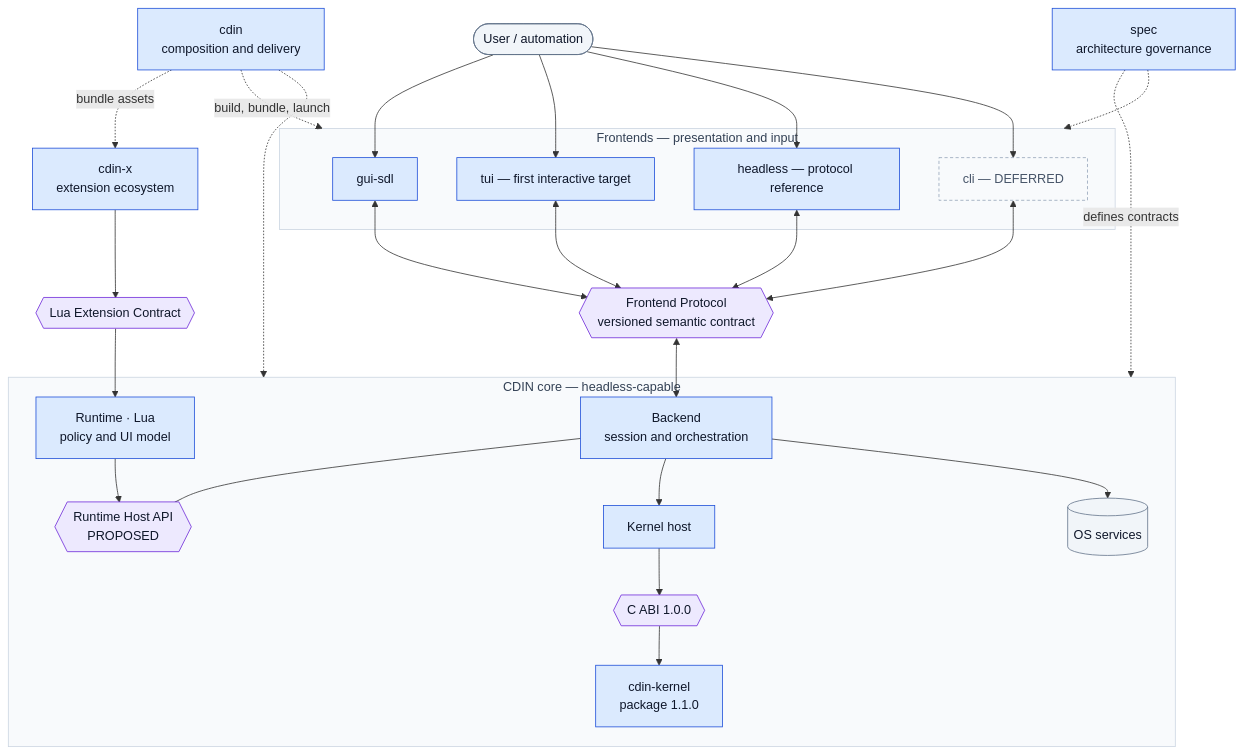
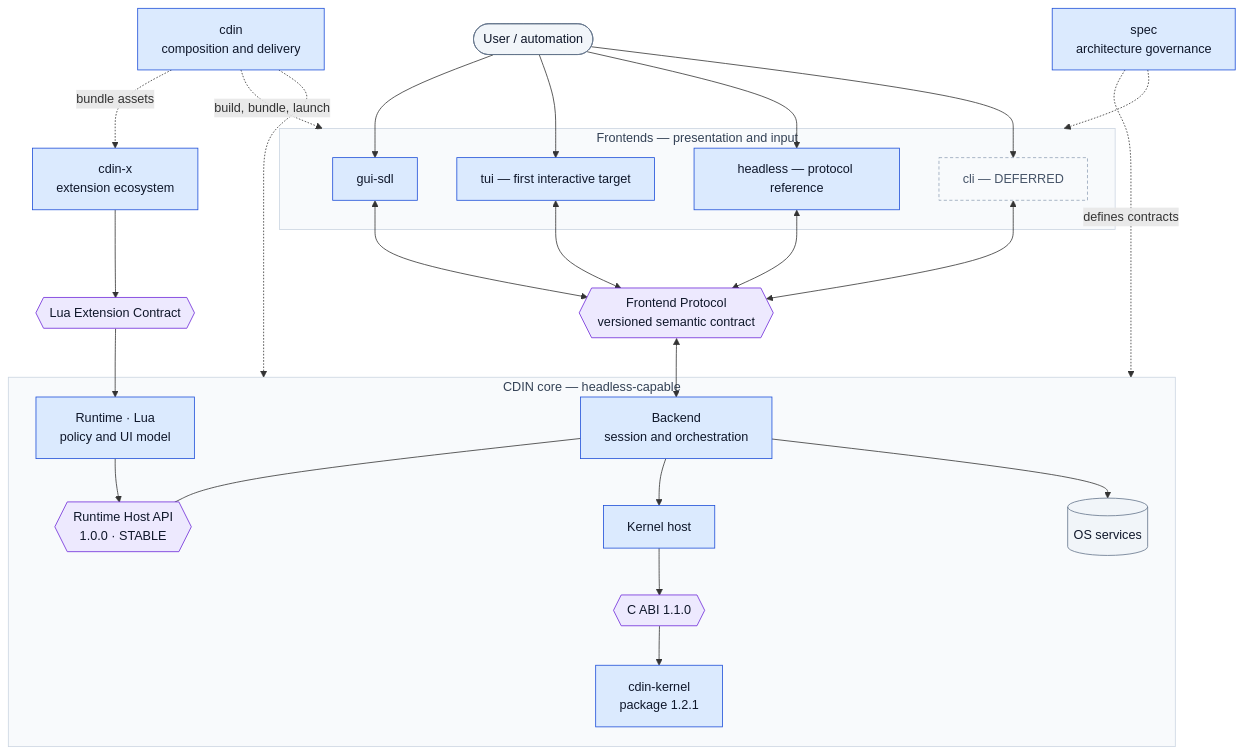
The first of 4 diagrams in docs/architecture/system-maps.md (cdin-editor/spec), drawn with Mermaid before and after one commit. The commit also changed other lines of this file and 16 other files, not shown here.

First line of the commit message:
docs(spec): consolidate Runtime v1 and Host API 1.0.0 into Spec 1.3.0

````diff
--- a/docs/architecture/system-maps.md
+++ b/docs/architecture/system-maps.md
@@ -7,58 +7,58 @@
 ```mermaid
 flowchart TB
     USER(["User / automation"])
 
     subgraph PRESENTATION["Frontends — presentation and input"]
         GUI["gui-sdl"]
         TUI["tui — first interactive target"]
         HL["headless — protocol reference"]
         CLI["cli — DEFERRED"]
     end
     FP{{"Frontend Protocol<br/>versioned semantic contract"}}
 
     subgraph CORE["CDIN core — headless-capable"]
         BE["Backend<br/>session and orchestration"]
         RT["Runtime · Lua<br/>policy and UI model"]
-        RHA{{"Runtime Host API<br/>PROPOSED"}}
+        RHA{{"Runtime Host API<br/>1.0.0 · STABLE"}}
         KH["Kernel host"]
-        ABI{{"C ABI 1.0.0"}}
-        K["cdin-kernel<br/>package 1.1.0"]
+        ABI{{"C ABI 1.1.0"}}
+        K["cdin-kernel<br/>package 1.2.1"]
         OS[("OS services")]
     end
     EXTC{{"Lua Extension Contract"}}
     X["cdin-x<br/>extension ecosystem"]
     ROOT["cdin<br/>composition and delivery"]
     SPEC["spec<br/>architecture governance"]
 
     USER --> GUI
     USER --> TUI
     USER --> HL
     USER --> CLI
     GUI <--> FP
     TUI <--> FP
     HL <--> FP
     CLI <--> FP
     FP <--> BE
     BE --- RHA
     RT --> RHA
     BE --> KH --> ABI --> K
     BE --> OS
     X --> EXTC --> RT
     ROOT -. "build, bundle, launch" .-> PRESENTATION
     ROOT -.-> CORE
     ROOT -. "bundle assets" .-> X
     SPEC -. "defines contracts" .-> CORE
     SPEC -.-> PRESENTATION
 
     classDef comp fill:#dbeafe,stroke:#1d4ed8,color:#0f172a
     classDef contract fill:#ede9fe,stroke:#6d28d9,color:#0f172a
     classDef external fill:#f1f5f9,stroke:#64748b,color:#0f172a
     classDef deferred fill:#f8fafc,stroke:#94a3b8,color:#475569,stroke-dasharray:4 3
     classDef group fill:#f8fafc,stroke:#cbd5e1,color:#334155
     class GUI,TUI,HL,BE,RT,KH,K,X,ROOT,SPEC comp
     class FP,RHA,ABI,EXTC contract
     class OS,USER external
     class TUI comp
     class CLI deferred
     class PRESENTATION,CORE group
 ```
````
